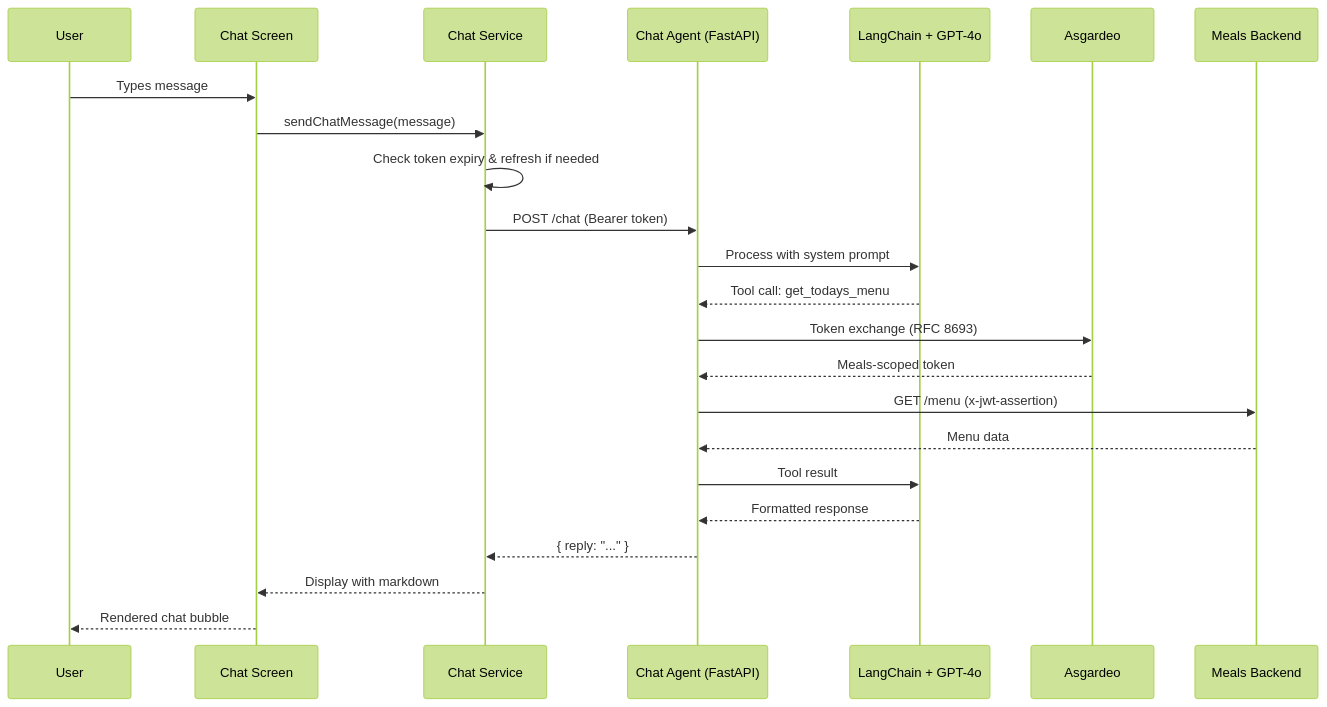
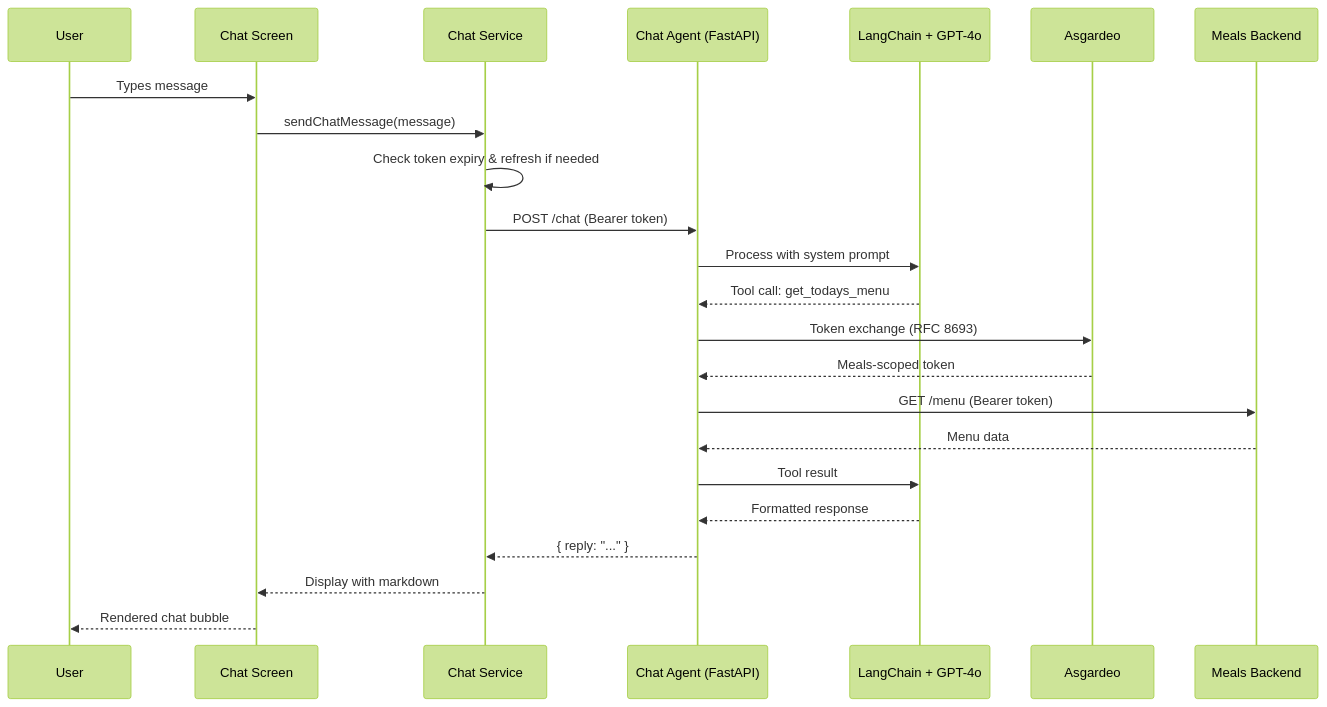
Before and after one commit to opensuperapp/opensuperapp: the third of 3 diagrams in frontend/README.md, drawn with Mermaid (forest theme).

Commit message:
Specify Bearer token in README diagram
Update frontend/README.md sequence diagram: change 'GET /menu (x-jwt-assertion)' to 'GET /menu (Bearer token)' to more accurately reflect the token type used in the request and improve clarity.

````diff
--- a/frontend/README.md
+++ b/frontend/README.md
@@ -395,26 +395,26 @@
 ```mermaid
 sequenceDiagram
     participant U as User
     participant C as Chat Screen
     participant S as Chat Service
     participant A as Chat Agent (FastAPI)
     participant L as LangChain + GPT-4o
     participant T as Asgardeo
     participant M as Meals Backend
 
     U->>C: Types message
     C->>S: sendChatMessage(message)
     S->>S: Check token expiry & refresh if needed
     S->>A: POST /chat (Bearer token)
     A->>L: Process with system prompt
     L-->>A: Tool call: get_todays_menu
     A->>T: Token exchange (RFC 8693)
     T-->>A: Meals-scoped token
-    A->>M: GET /menu (x-jwt-assertion)
+    A->>M: GET /menu (Bearer token)
     M-->>A: Menu data
     A->>L: Tool result
     L-->>A: Formatted response
     A-->>S: { reply: "..." }
     S-->>C: Display with markdown
     C-->>U: Rendered chat bubble
 ```
````
